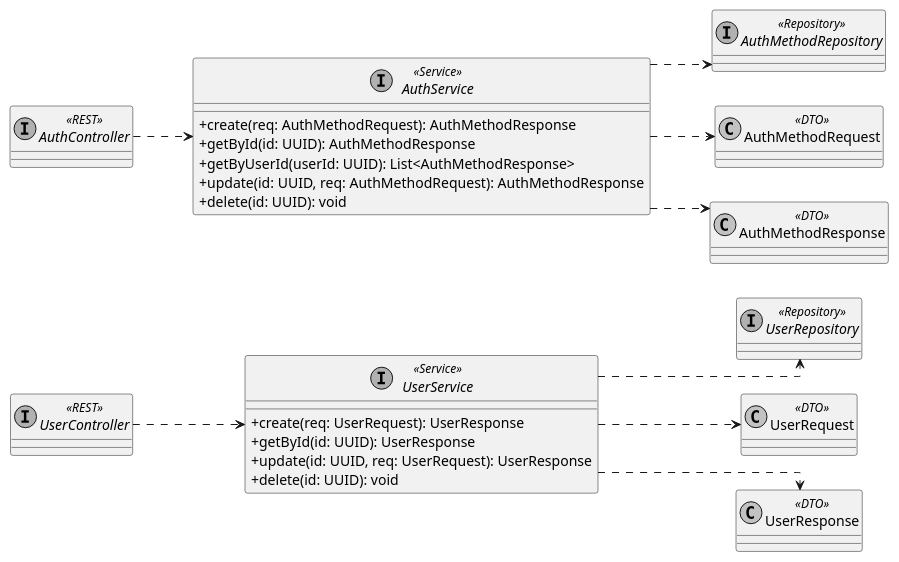
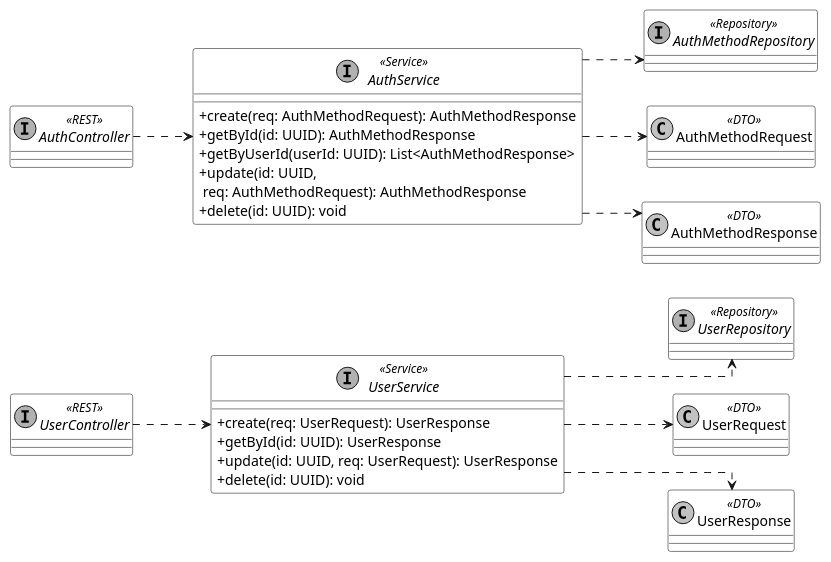
Before and after one commit to Hohichh/Diploma-project-notes: the diagram in diagrams/v2/class/classes_v2_services_user_auth.puml, drawn with PlantUML. The commit also changed 58 other files, not shown here.

```diff
--- a/diagrams/v2/class/classes_v2_services_user_auth.puml
+++ b/diagrams/v2/class/classes_v2_services_user_auth.puml
@@ -1,46 +1,50 @@
 @startuml
 skinparam monochrome true
 skinparam shadowing false
 skinparam defaultFontName Arial
 skinparam classAttributeIconSize 0
 skinparam linetype ortho
+skinparam classBackgroundColor transparent
+skinparam classBorderColor black
+skinparam classAttributeBackgroundColor transparent
+skinparam backgroundColor transparent
 left to right direction
 
 interface UserController <<REST>>
 interface AuthController <<REST>>
 
 interface UserRepository <<Repository>>
 interface AuthMethodRepository <<Repository>>
 
 class UserRequest <<DTO>>
 class UserResponse <<DTO>>
 class AuthMethodRequest <<DTO>>
 class AuthMethodResponse <<DTO>>
 
 interface UserService <<Service>> {
     + create(req: UserRequest): UserResponse
     + getById(id: UUID): UserResponse
     + update(id: UUID, req: UserRequest): UserResponse
     + delete(id: UUID): void
 }
 
 interface AuthService <<Service>> {
     + create(req: AuthMethodRequest): AuthMethodResponse
     + getById(id: UUID): AuthMethodResponse
     + getByUserId(userId: UUID): List<AuthMethodResponse>
-    + update(id: UUID, req: AuthMethodRequest): AuthMethodResponse
+    + update(id: UUID,\n req: AuthMethodRequest): AuthMethodResponse
     + delete(id: UUID): void
 }
 
 UserController ..> UserService
 AuthController ..> AuthService
 
 UserService ..> UserRequest
 UserService ..> UserResponse
 UserService ..> UserRepository
 
 AuthService ..> AuthMethodRequest
 AuthService ..> AuthMethodResponse
 AuthService ..> AuthMethodRepository
 
 @enduml
```
